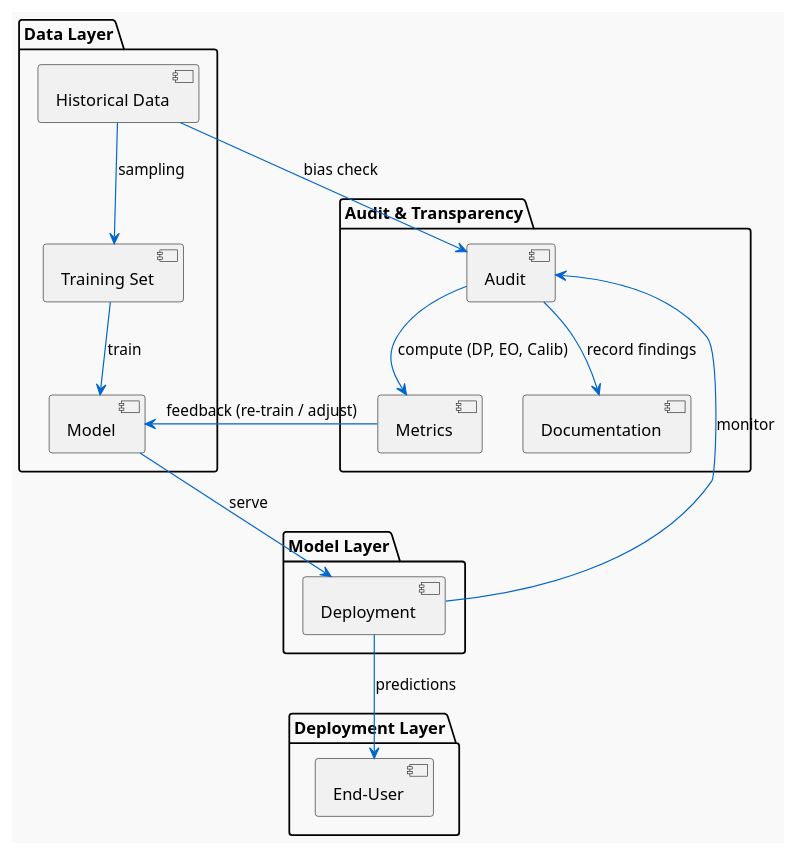
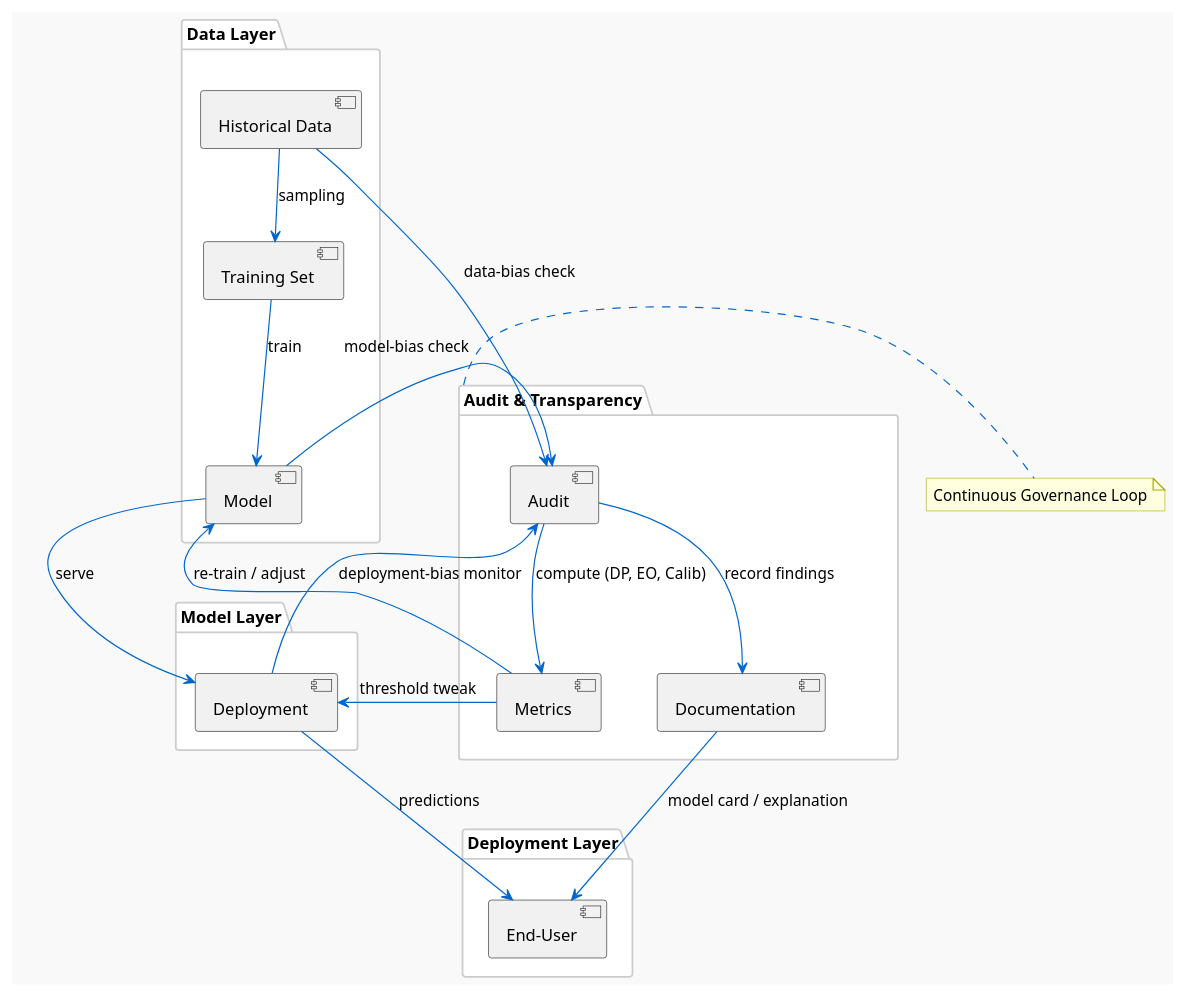
The diagram in aipa/llm-elevated/ch11-lecture-03.adoc (InquiryInstitute/AIPA), drawn with PlantUML before and after one commit. The commit also changed other lines of this file and 128 other files, not shown here.

```diff
--- a/aipa/llm-elevated/ch11-lecture-03.adoc
+++ b/aipa/llm-elevated/ch11-lecture-03.adoc
@@ -97,29 +144,43 @@
 [plantuml,ch11-l03,png,theme=sketchy-outline]
 ....
 @startuml
 skinparam backgroundColor #F9F9F9
 skinparam ArrowColor #0066CC
+skinparam rectangle {
+  BackgroundColor #EFEFEF
+  BorderColor #999999
+}
+skinparam package {
+  BackgroundColor #FFFFFF
+  BorderColor #CCCCCC
+}
+skinparam note {
+  BackgroundColor #FFFFE0
+  BorderColor #AAAA00
+}
+skinparam shadowing false
 
 package "Data Layer" {
   [Historical Data] --> [Training Set] : sampling
   [Training Set] --> [Model] : train
 }
-
 package "Model Layer" {
   [Model] --> [Deployment] : serve
 }
-
 package "Deployment Layer" {
   [Deployment] --> [End‑User] : predictions
 }
-
 package "Audit & Transparency" {
   [Audit] --> [Metrics] : compute (DP, EO, Calib)
-  [Metrics] --> [Model] : feedback (re‑train / adjust)
+  [Metrics] --> [Model] : re‑train / adjust
+  [Metrics] --> [Deployment] : threshold tweak
   [Audit] --> [Documentation] : record findings
+  [Documentation] --> [End‑User] : model card / explanation
 }
+[Historical Data] --> [Audit] : data‑bias check
+[Model] --> [Audit] : model‑bias check
+[Deployment] --> [Audit] : deployment‑bias monitor
 
-[Historical Data] --> [Audit] : bias check
-[Deployment] --> [Audit] : monitor
+note right of [Audit & Transparency] : Continuous Governance Loop
 @enduml
 ....
```
